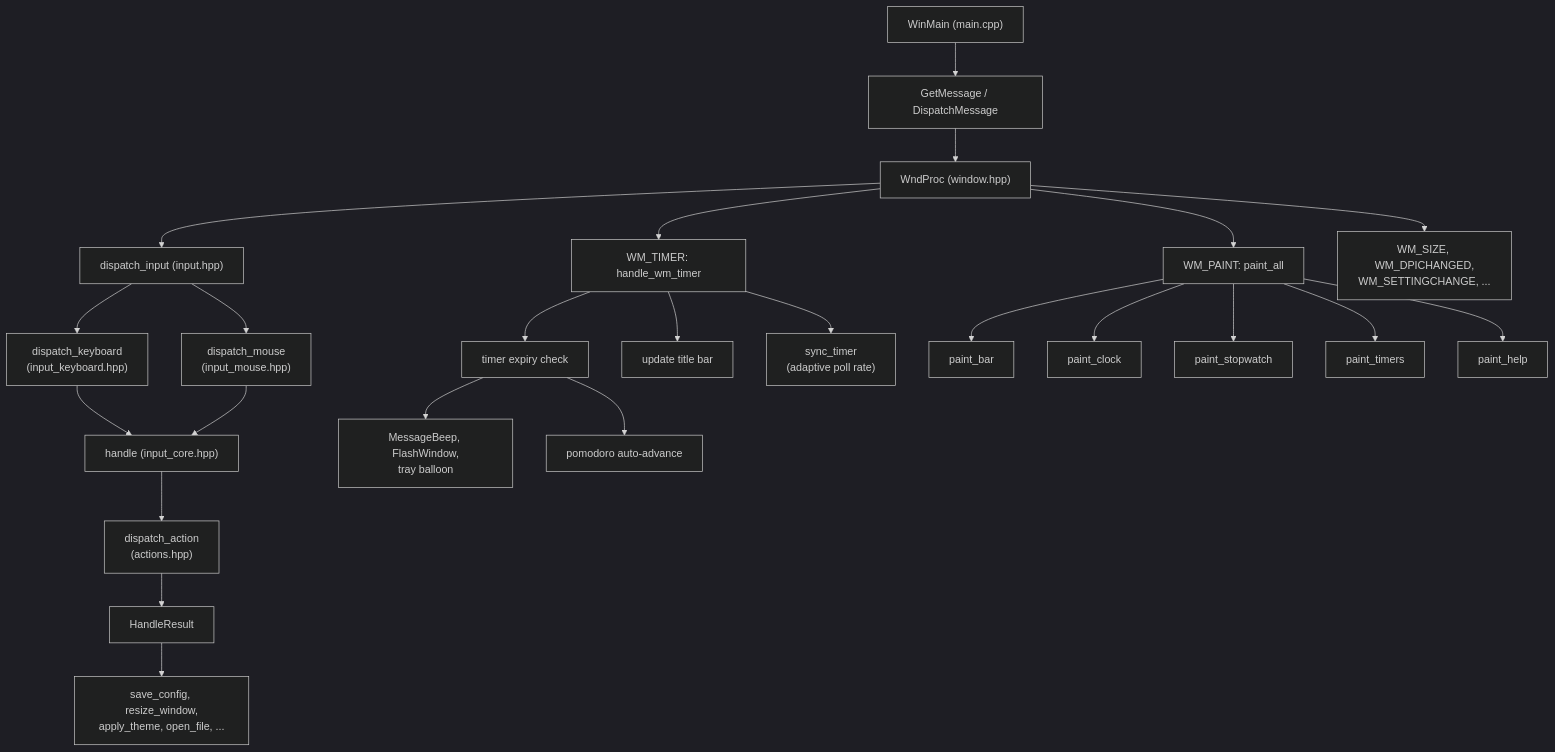
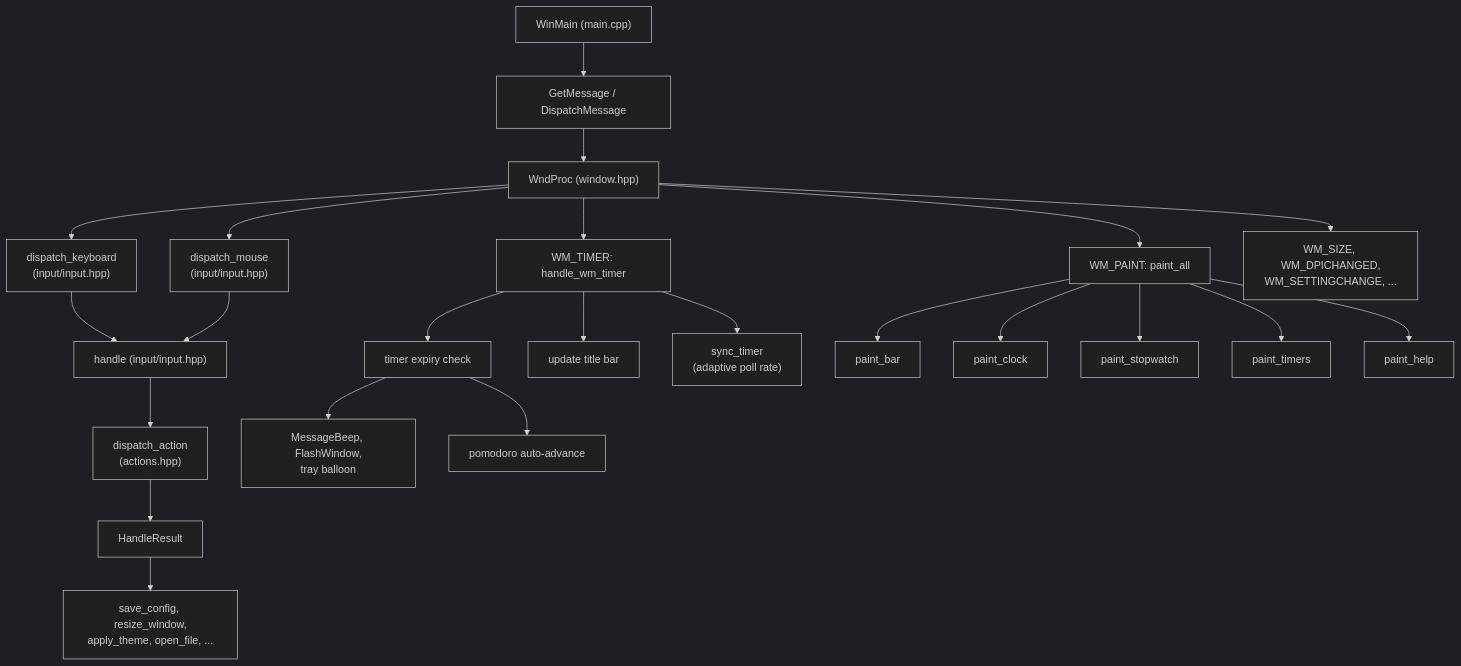
One commit to andreasnonslid/chronos changed the first of 2 diagrams in ARCHITECTURE.md. Above: the diagram before and after it, drawn with Mermaid (dark theme). The commit also changed other lines of this file and 72 other files, not shown here.

````diff
--- a/ARCHITECTURE.md
+++ b/ARCHITECTURE.md
@@ -9,31 +19,29 @@
 ```mermaid
 flowchart TD
     WinMain["WinMain (main.cpp)"] --> MsgLoop["GetMessage / DispatchMessage"]
     MsgLoop --> WndProc["WndProc (window.hpp)"]
 
-    WndProc --> Input["dispatch_input (input.hpp)"]
+    WndProc --> Keyboard["dispatch_keyboard\n(input/input.hpp)"]
+    WndProc --> Mouse["dispatch_mouse\n(input/input.hpp)"]
     WndProc --> Paint["WM_PAINT: paint_all"]
     WndProc --> Poll["WM_TIMER: handle_wm_timer"]
     WndProc --> System["WM_SIZE, WM_DPICHANGED,\nWM_SETTINGCHANGE, ..."]
 
-    Input --> Keyboard["dispatch_keyboard\n(input_keyboard.hpp)"]
-    Input --> Mouse["dispatch_mouse\n(input_mouse.hpp)"]
-
-    Keyboard --> Handle["handle (input_core.hpp)"]
+    Keyboard --> Handle["handle (input/input.hpp)"]
     Mouse --> Handle
     Handle --> Action["dispatch_action\n(actions.hpp)"]
     Action --> Result["HandleResult"]
     Result --> Effects["save_config, resize_window,\napply_theme, open_file, ..."]
 
     Poll --> Expiry["timer expiry check"]
     Expiry --> Notify["MessageBeep, FlashWindow,\ntray balloon"]
     Expiry --> Pomodoro["pomodoro auto-advance"]
     Poll --> TitleBar["update title bar"]
     Poll --> SyncTimer["sync_timer\n(adaptive poll rate)"]
 
     Paint --> PaintBar["paint_bar"]
     Paint --> PaintClock["paint_clock"]
     Paint --> PaintSW["paint_stopwatch"]
     Paint --> PaintTimers["paint_timers"]
     Paint --> PaintHelp["paint_help"]
 ```
````
